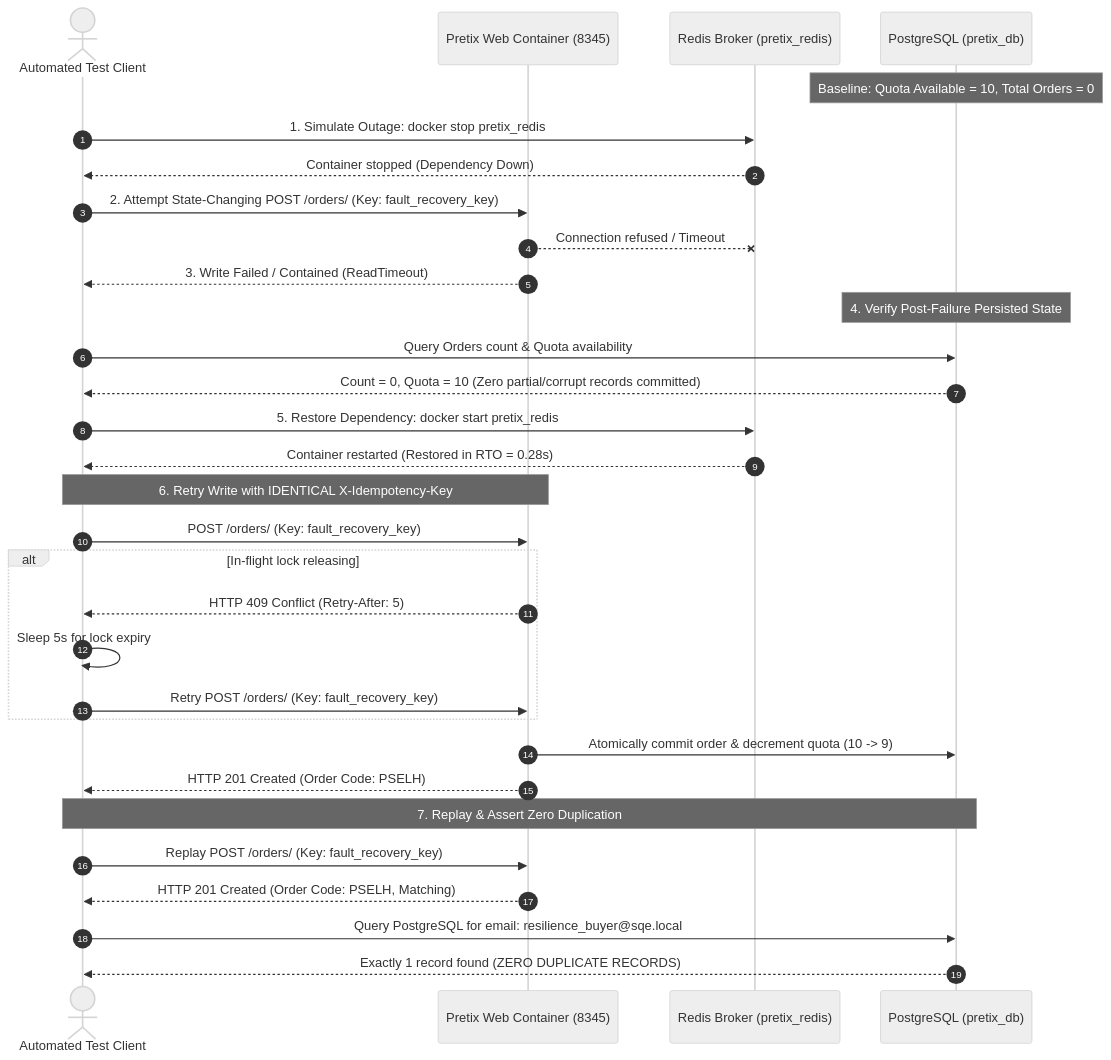
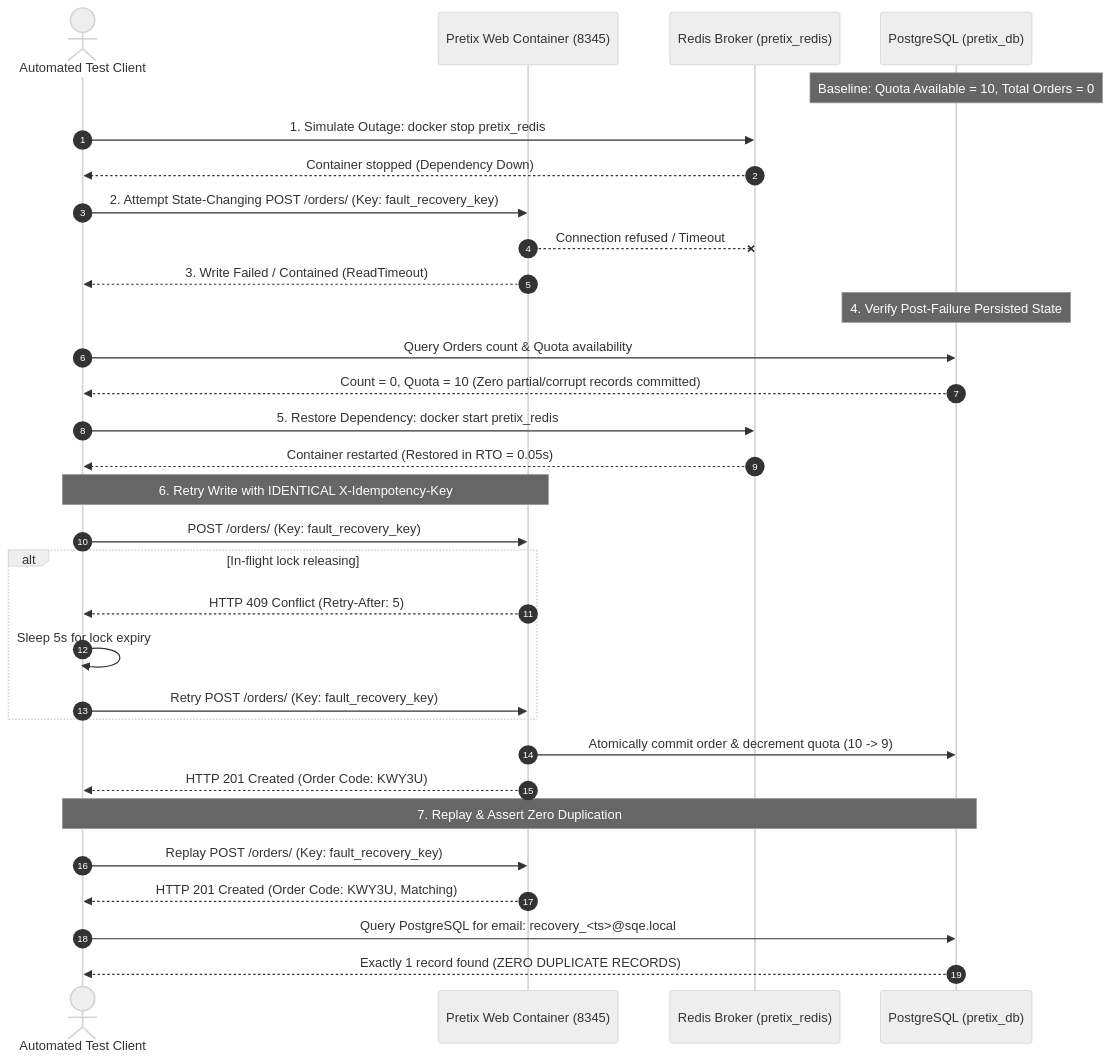
The ninth of 13 diagrams in docs/MASTER_REPORT.md (sohaibAkhlaq/sqe_pretix_project), drawn with Mermaid (neutral theme) before and after one commit. The commit also changed other lines of this file and 92 other files, not shown here.

````diff
--- a/docs/MASTER_REPORT.md
+++ b/docs/MASTER_REPORT.md
@@ -2177,75 +2330,75 @@
 ```mermaid
 
 sequenceDiagram
 
     autonumber
 
     actor Client as Automated Test Client
 
     participant Web as Pretix Web Container (8345)
 
     participant Redis as Redis Broker (pretix_redis)
 
     participant DB as PostgreSQL (pretix_db)
 
     Note over DB: Baseline: Quota Available = 10, Total Orders = 0
 
     Client->>Redis: 1. Simulate Outage: docker stop pretix_redis
 
     Redis-->>Client: Container stopped (Dependency Down)
 
     
 
     Client->>Web: 2. Attempt State-Changing POST /orders/ (Key: fault_recovery_key)
 
     Web--xRedis: Connection refused / Timeout
 
     Web-->>Client: 3. Write Failed / Contained (ReadTimeout)
 
     
 
     Note over DB: 4. Verify Post-Failure Persisted State
 
     Client->>DB: Query Orders count & Quota availability
 
     DB-->>Client: Count = 0, Quota = 10 (Zero partial/corrupt records committed)
 
     
 
     Client->>Redis: 5. Restore Dependency: docker start pretix_redis
 
-    Redis-->>Client: Container restarted (Restored in RTO = 0.28s)
+    Redis-->>Client: Container restarted (Restored in RTO = 0.05s)
 
     
 
     Note over Client,Web: 6. Retry Write with IDENTICAL X-Idempotency-Key
 
     Client->>Web: POST /orders/ (Key: fault_recovery_key)
 
     alt In-flight lock releasing
 
         Web-->>Client: HTTP 409 Conflict (Retry-After: 5)
 
         Client->>Client: Sleep 5s for lock expiry
 
         Client->>Web: Retry POST /orders/ (Key: fault_recovery_key)
 
     end
 
     Web->>DB: Atomically commit order & decrement quota (10 -> 9)
 
-    Web-->>Client: HTTP 201 Created (Order Code: PSELH)
+    Web-->>Client: HTTP 201 Created (Order Code: KWY3U)
 
     
 
     Note over Client,DB: 7. Replay & Assert Zero Duplication
 
     Client->>Web: Replay POST /orders/ (Key: fault_recovery_key)
 
-    Web-->>Client: HTTP 201 Created (Order Code: PSELH, Matching)
+    Web-->>Client: HTTP 201 Created (Order Code: KWY3U, Matching)
 
-    Client->>DB: Query PostgreSQL for email: resilience_buyer@sqe.local
+    Client->>DB: Query PostgreSQL for email: recovery_<ts>@sqe.local
 
     DB-->>Client: Exactly 1 record found (ZERO DUPLICATE RECORDS)
 
 ```
````
